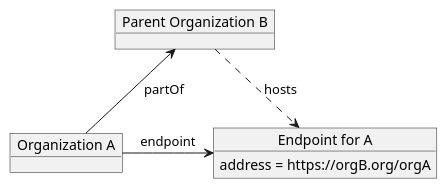
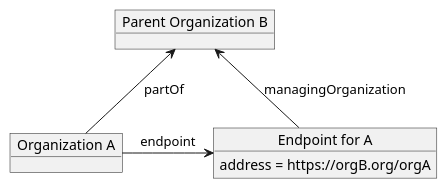
Before and after one commit to IHE/ITI.mCSD: the diagram in input/images-source/dir-org-specific-endpoint-parent.plantuml, drawn with PlantUML.

```diff
--- a/input/images-source/dir-org-specific-endpoint-parent.plantuml
+++ b/input/images-source/dir-org-specific-endpoint-parent.plantuml
@@ -1,13 +1,13 @@
 @startuml
 hide footbox
 
 object "Organization A" as OrganizationA
 object "Parent Organization B" as OrganizationB
 object "Endpoint for A" as EndpointA
 EndpointA : address = https://orgB.org/orgA
 
 OrganizationB <-- OrganizationA : partOf
 OrganizationA -> EndpointA : endpoint
-OrganizationB ..> EndpointA : hosts
+OrganizationB <- EndpointA : managingOrganization
 
 @enduml
```
